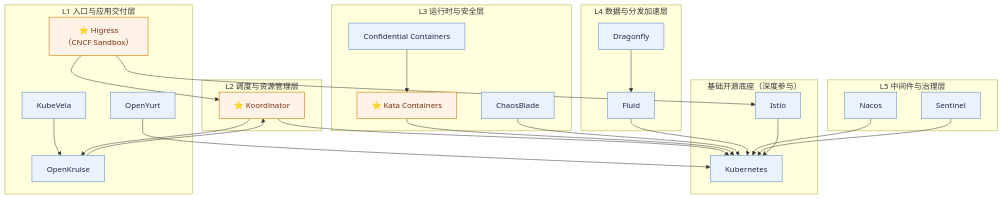
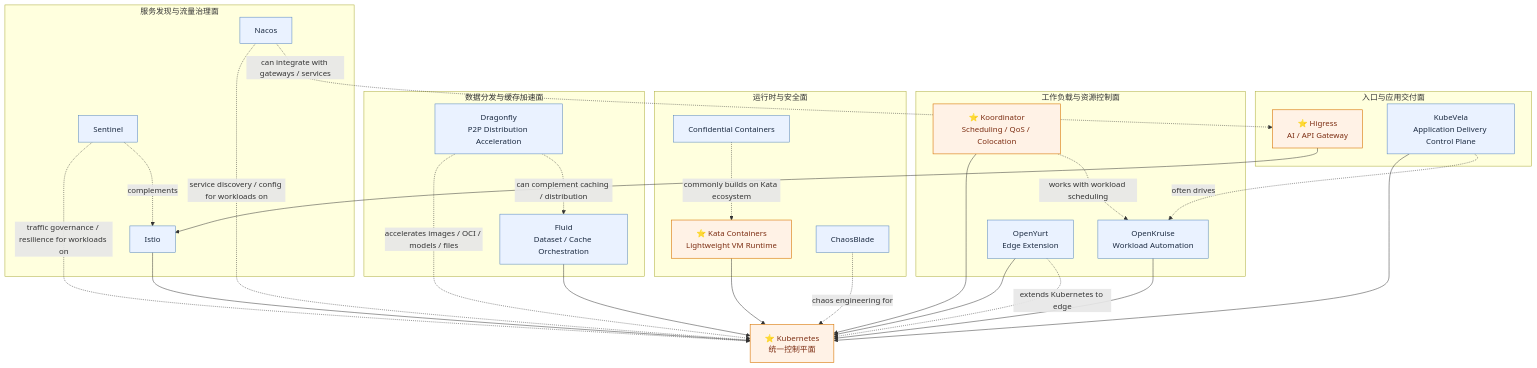
One commit to pacoxu/AI-Infra changed the diagram in case-study/alibaba.md. Above: the diagram before and after it, drawn with Mermaid.

Commit message:
docs(case-study): align alibaba diagram with provided layered topology

````diff
--- a/case-study/alibaba.md
+++ b/case-study/alibaba.md
@@ -10,56 +10,62 @@
 ```mermaid
 flowchart TB
-  subgraph L1["L1 入口与应用交付层"]
-    HIG["⭐ Higress<br/>（CNCF Sandbox）"]
-    KVL["KubeVela"]
-    OKR["OpenKruise"]
-    OY["OpenYurt"]
+  subgraph ENTRY["入口与应用交付面"]
+    HIG["⭐ Higress<br/>AI / API Gateway"]
+    KVL["KubeVela<br/>Application Delivery Control Plane"]
   end
 
-  subgraph L2["L2 调度与资源管理层"]
-    KRD["⭐ Koordinator"]
+  subgraph CTRL["工作负载与资源控制面"]
+    OKR["OpenKruise<br/>Workload Automation"]
+    KRD["⭐ Koordinator<br/>Scheduling / QoS / Colocation"]
+    OY["OpenYurt<br/>Edge Extension"]
   end
 
-  subgraph L3["L3 运行时与安全层"]
-    KATA["⭐ Kata Containers"]
+  subgraph RUNTIME["运行时与安全面"]
+    KATA["⭐ Kata Containers<br/>Lightweight VM Runtime"]
     COC["Confidential Containers"]
     CB["ChaosBlade"]
   end
 
-  subgraph L4["L4 数据与分发加速层"]
-    FLUID["Fluid"]
-    DFLY["Dragonfly"]
+  subgraph DATA["数据分发与缓存加速面"]
+    FLUID["Fluid<br/>Dataset / Cache Orchestration"]
+    DFLY["Dragonfly<br/>P2P Distribution Acceleration"]
   end
 
-  subgraph L5["L5 中间件与治理层"]
+  subgraph GOV["服务发现与流量治理面"]
+    ISTIO["Istio"]
     NACOS["Nacos"]
     SENT["Sentinel"]
   end
 
-  subgraph BASE["基础开源底座（深度参与）"]
-    K8S["Kubernetes"]
-    ISTIO["Istio"]
-  end
+  K8S["⭐ Kubernetes<br/>统一控制平面"]
 
-  HIG --> KRD
-  KVL --> OKR
-  OKR --> KRD
+  %% stronger relationships
+  KVL --> K8S
+  OKR --> K8S
+  KRD --> K8S
   OY --> K8S
-  KRD --> OKR
-  KRD --> K8S
   KATA --> K8S
-  COC --> KATA
-  CB --> K8S
   FLUID --> K8S
-  DFLY --> FLUID
-  NACOS --> K8S
-  SENT --> K8S
+  ISTIO --> K8S
   HIG --> ISTIO
-  ISTIO --> K8S
+
+  %% collaboration / ecosystem integrations
+  KVL -. often drives .-> OKR
+  KRD -. works with workload scheduling .-> OKR
+  OY -. extends Kubernetes to edge .-> K8S
+  COC -. commonly builds on Kata ecosystem .-> KATA
+  CB -. chaos engineering for .-> K8S
+  DFLY -. accelerates images / OCI / models / files .-> K8S
+  DFLY -. can complement caching / distribution .-> FLUID
+  NACOS -. service discovery / config for workloads on .-> K8S
+  SENT -. traffic governance / resilience for workloads on .-> K8S
+  SENT -. complements .-> ISTIO
+  NACOS -. can integrate with gateways / services .-> HIG
 
   classDef star fill:#fff2e6,stroke:#d97706,color:#7c2d12,stroke-width:1.2px;
   classDef normal fill:#eaf2ff,stroke:#4f81bd,color:#1b2a41,stroke-width:1px;
+  classDef base fill:#e8fff1,stroke:#16a34a,color:#14532d,stroke-width:1.3px;
 
-  class HIG,KRD,KATA star;
-  class KVL,OKR,OY,COC,CB,FLUID,DFLY,NACOS,SENT,K8S,ISTIO normal;
+  class HIG,KRD,KATA,K8S star;
+  class KVL,OKR,OY,COC,CB,FLUID,DFLY,NACOS,SENT,ISTIO normal;
 ```
````
